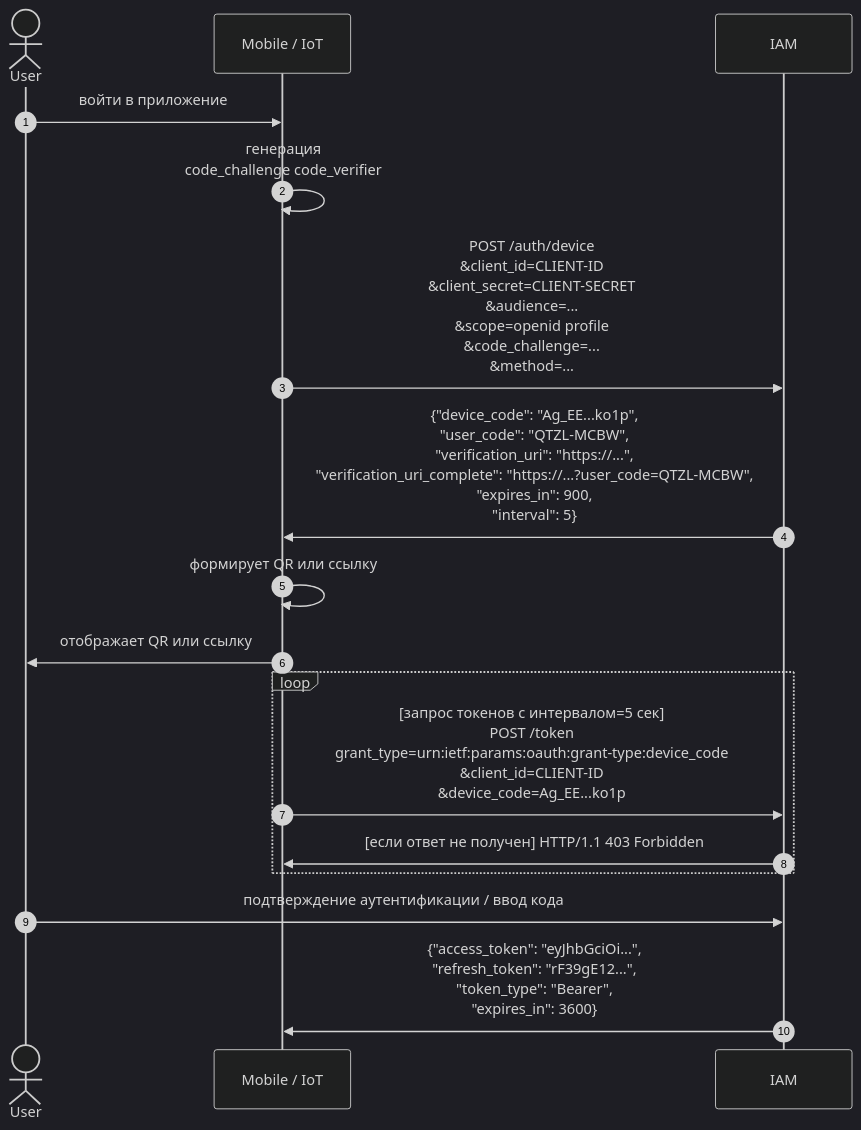
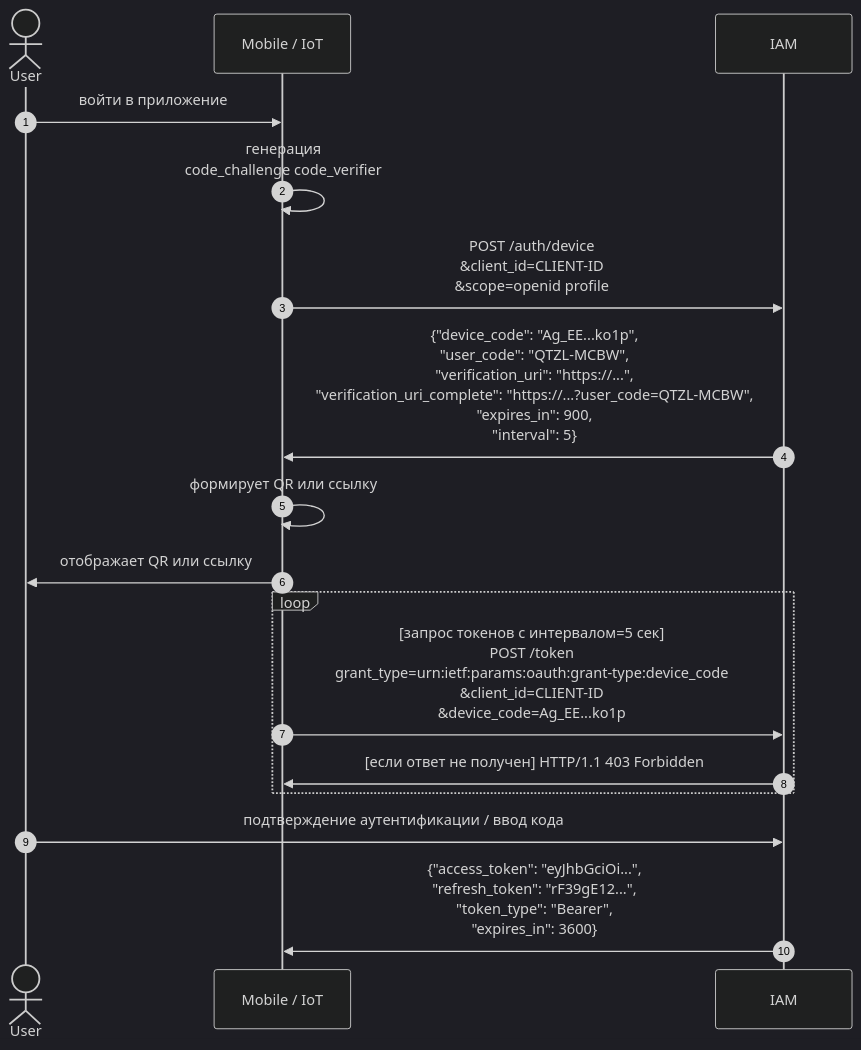
The diagram in AuthN/Device Code Grant.md (FIR-UIII/notes), drawn with Mermaid (dark theme) before and after one commit. The commit also changed other lines of this file, not shown here.

Commit message:
Update Device Code Grant.md

````diff
--- a/AuthN/Device Code Grant.md
+++ b/AuthN/Device Code Grant.md
@@ -1,20 +1,20 @@
 ```mermaid
 sequenceDiagram
     autonumber
     actor User
     participant Device as Mobile / IoT
     participant IAM
 
     User->>Device: войти в приложение
     Device->>Device: генерация<br>code_challenge code_verifier
-    Device->>IAM: POST /auth/device<br>&client_id=CLIENT-ID<br>&client_secret=CLIENT-SECRET<br>&audience=...<br>&scope=openid profile<br>&code_challenge=...<br>&method=...
+    Device->>IAM: POST /auth/device<br>&client_id=CLIENT-ID<br>&scope=openid profile
     IAM->>Device: {"device_code": "Ag_EE...ko1p",<br>"user_code": "QTZL-MCBW",<br>"verification_uri": "https://...",<br>"verification_uri_complete": "https://...?user_code=QTZL-MCBW",<br>"expires_in": 900,<br>"interval": 5}
     Device->>Device: формирует QR или ссылку
     Device->>User: отображает QR или ссылку
     loop
         Device->>IAM: [запрос токенов c интервалом=5 сек]<br>POST /token<br>grant_type=urn:ietf:params:oauth:grant-type:device_code<br>&client_id=CLIENT-ID<br>&device_code=Ag_EE...ko1p
         IAM->>Device: [если ответ не получен] HTTP/1.1 403 Forbidden
     end
     User->>IAM: подтверждение аутентификации / ввод кода
     IAM->>Device: {"access_token": "eyJhbGciOi...",<br>"refresh_token": "rF39gE12...",<br>"token_type": "Bearer",<br>"expires_in": 3600}
 ```
````
